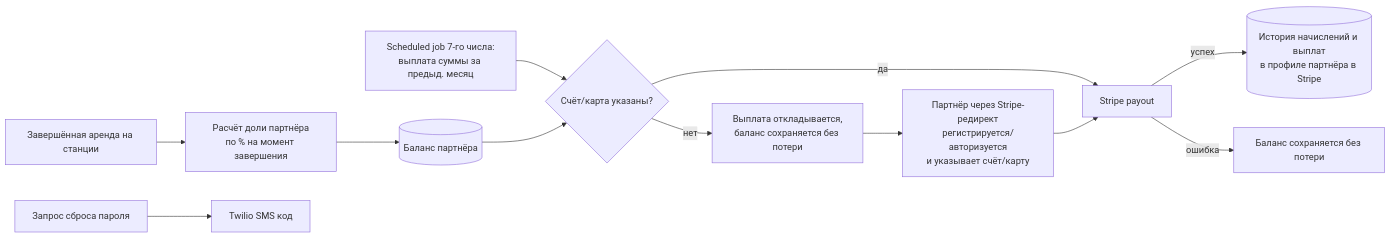
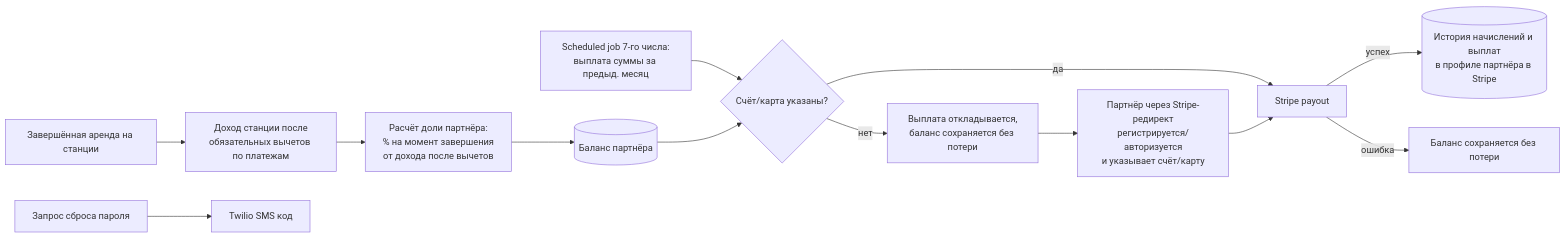
One commit to yatsin11-gif/gz-documentation changed the second of 2 diagrams in sa/docs/partners/partner-program/diagrams/overview.md. Above: the diagram before and after it, drawn with Mermaid. The commit also changed 6 other files, not shown here.

````diff
--- a/sa/docs/partners/partner-program/diagrams/overview.md
+++ b/sa/docs/partners/partner-program/diagrams/overview.md
@@ -26,13 +26,14 @@
 ```mermaid
 flowchart LR
-    RENT[Завершённая аренда на станции] --> CALC[Расчёт доли партнёра<br/>по % на момент завершения]
+    RENT[Завершённая аренда на станции] --> INCOME[Доход станции после<br/>обязательных вычетов по платежам]
+    INCOME --> CALC[Расчёт доли партнёра:<br/>% на момент завершения<br/>от дохода после вычетов]
     CALC --> BAL[(Баланс партнёра)]
     SCHED[Scheduled job 7-го числа:<br/>выплата суммы за предыд. месяц] --> CARD{Счёт/карта указаны?}
     BAL --> CARD
     CARD -->|да| PAY[Stripe payout]
     CARD -->|нет| WAIT[Выплата откладывается,<br/>баланс сохраняется без потери]
     WAIT --> ADDCARD[Партнёр через Stripe-редирект<br/>регистрируется/авторизуется<br/>и указывает счёт/карту] --> PAY
     PAY -->|успех| HIST[(История начислений и выплат<br/>в профиле партнёра в Stripe)]
     PAY -->|ошибка| KEEP[Баланс сохраняется без потери]
     RESET[Запрос сброса пароля] --> TWILIO[Twilio SMS код]
 ```
````
